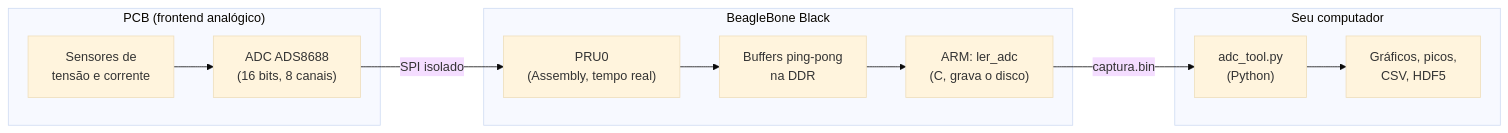
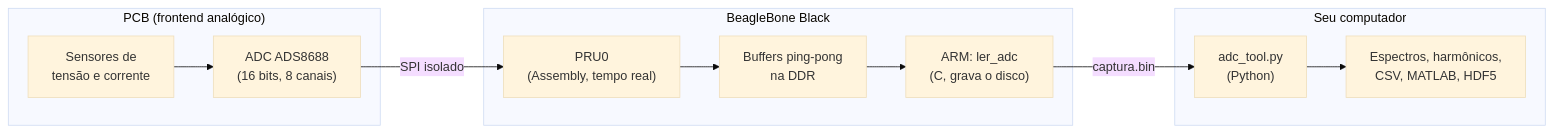
The diagram in README.md (Canela-san/SH-Analyzer), drawn with Mermaid (base theme) before and after one commit. The commit also changed other lines of this file and 2 other files, not shown here.

````diff
--- a/README.md
+++ b/README.md
@@ -22,15 +37,15 @@
 ```mermaid
 flowchart LR
     subgraph PCB["PCB (frontend analógico)"]
         S["Sensores de<br/>tensão e corrente"] --> ADC["ADC ADS8688<br/>(16 bits, 8 canais)"]
     end
     subgraph BBB["BeagleBone Black"]
         PRU["PRU0<br/>(Assembly, tempo real)"] --> DDR["Buffers ping-pong<br/>na DDR"]
         DDR --> ARM["ARM: ler_adc<br/>(C, grava o disco)"]
     end
     subgraph PC["Seu computador"]
-        TOOL["adc_tool.py<br/>(Python)"] --> OUT["Gráficos, picos,<br/>CSV, HDF5"]
+        TOOL["adc_tool.py<br/>(Python)"] --> OUT["Espectros, harmônicos,<br/>CSV, MATLAB, HDF5"]
     end
     ADC -- "SPI isolado" --> PRU
     ARM -- "captura.bin" --> TOOL
 ```
````
